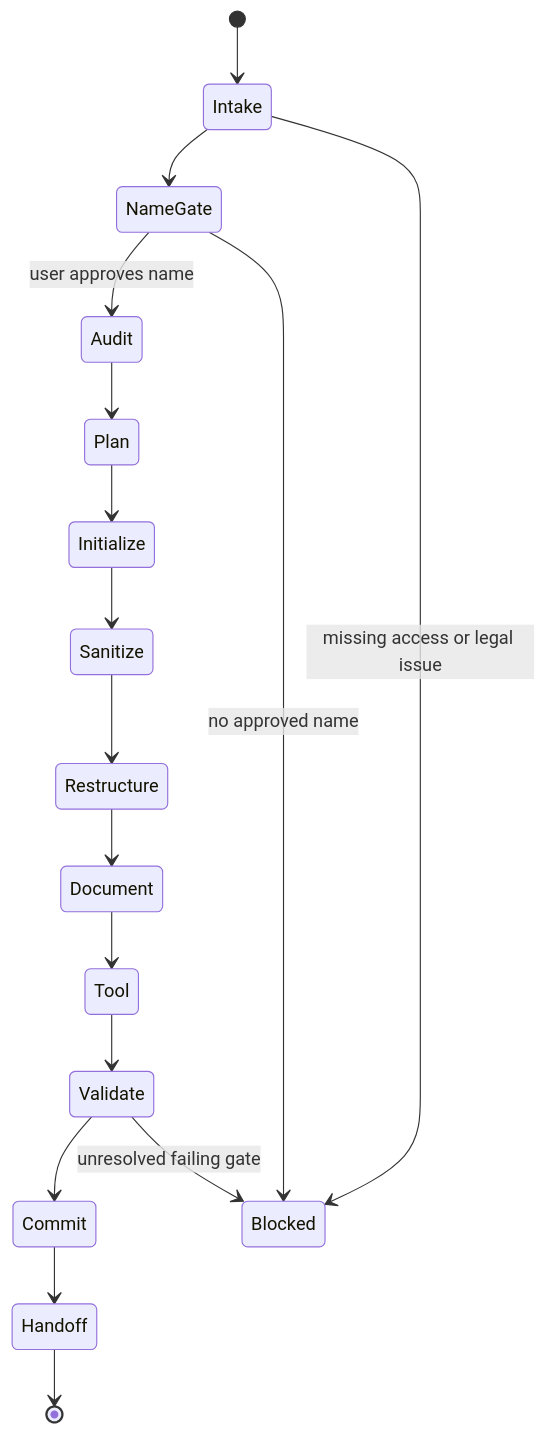
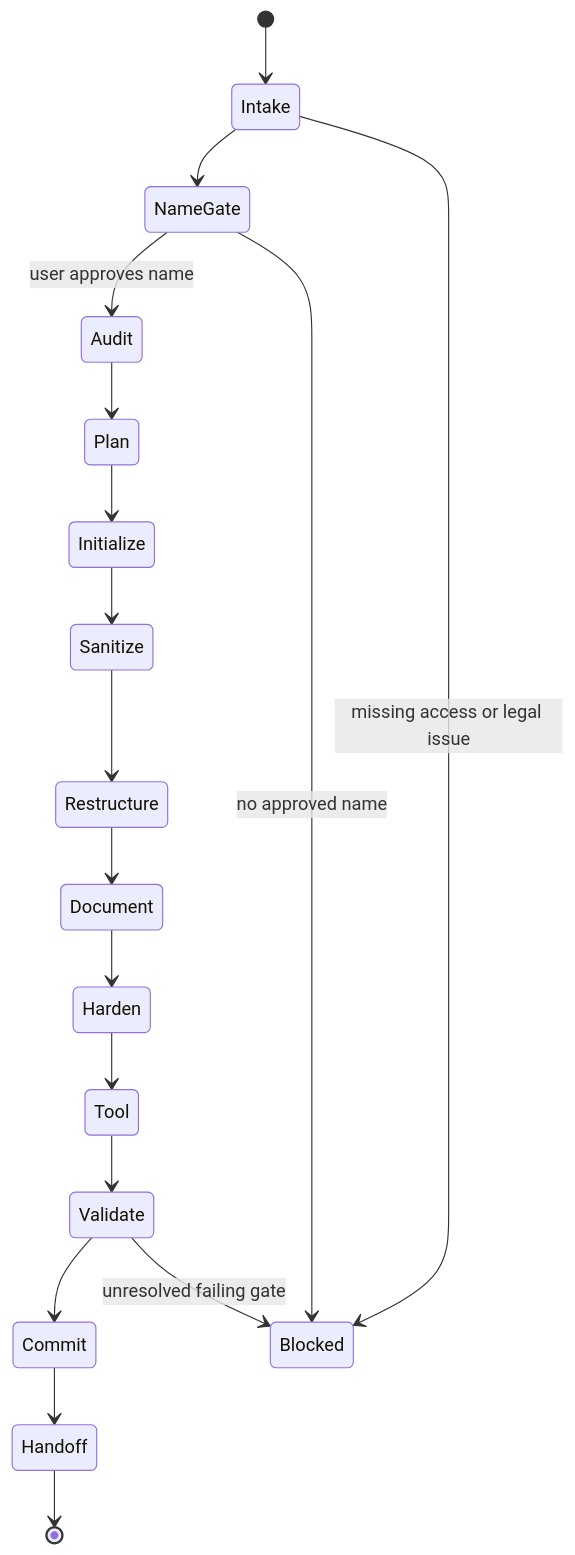
Before and after one commit to smeltery/skills: the second of 2 diagrams in skills/engineering/port/README.md, drawn with Mermaid. The commit also changed other lines of this file and 1 other file, not shown here.

Commit message:
feat: harden port skill docs phase

````diff
--- a/skills/engineering/port/README.md
+++ b/skills/engineering/port/README.md
@@ -39,20 +42,21 @@
 ```mermaid
 stateDiagram-v2
   [*] --> Intake
   Intake --> NameGate
   NameGate --> Audit: user approves name
   Audit --> Plan
   Plan --> Initialize
   Initialize --> Sanitize
   Sanitize --> Restructure
   Restructure --> Document
-  Document --> Tool
+  Document --> Harden
+  Harden --> Tool
   Tool --> Validate
   Validate --> Commit
   Commit --> Handoff
   Handoff --> [*]
 
   Intake --> Blocked: missing access or legal issue
   NameGate --> Blocked: no approved name
   Validate --> Blocked: unresolved failing gate
 ```
````
